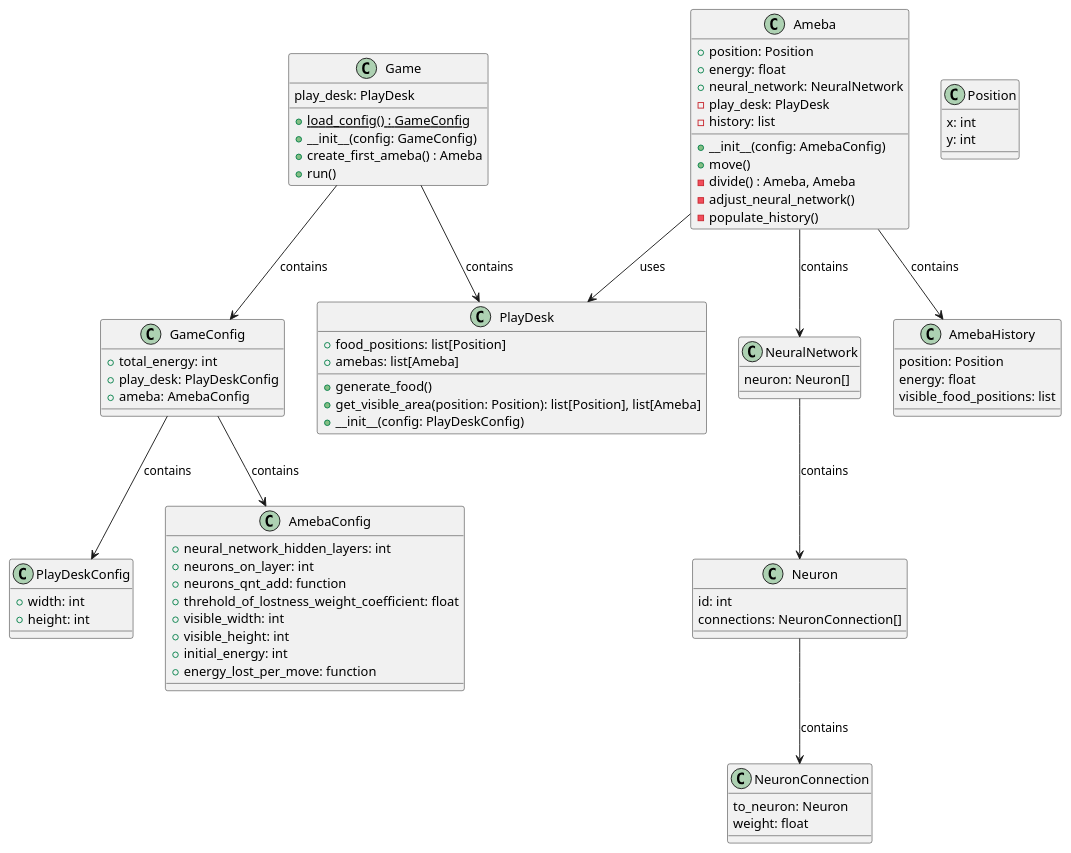
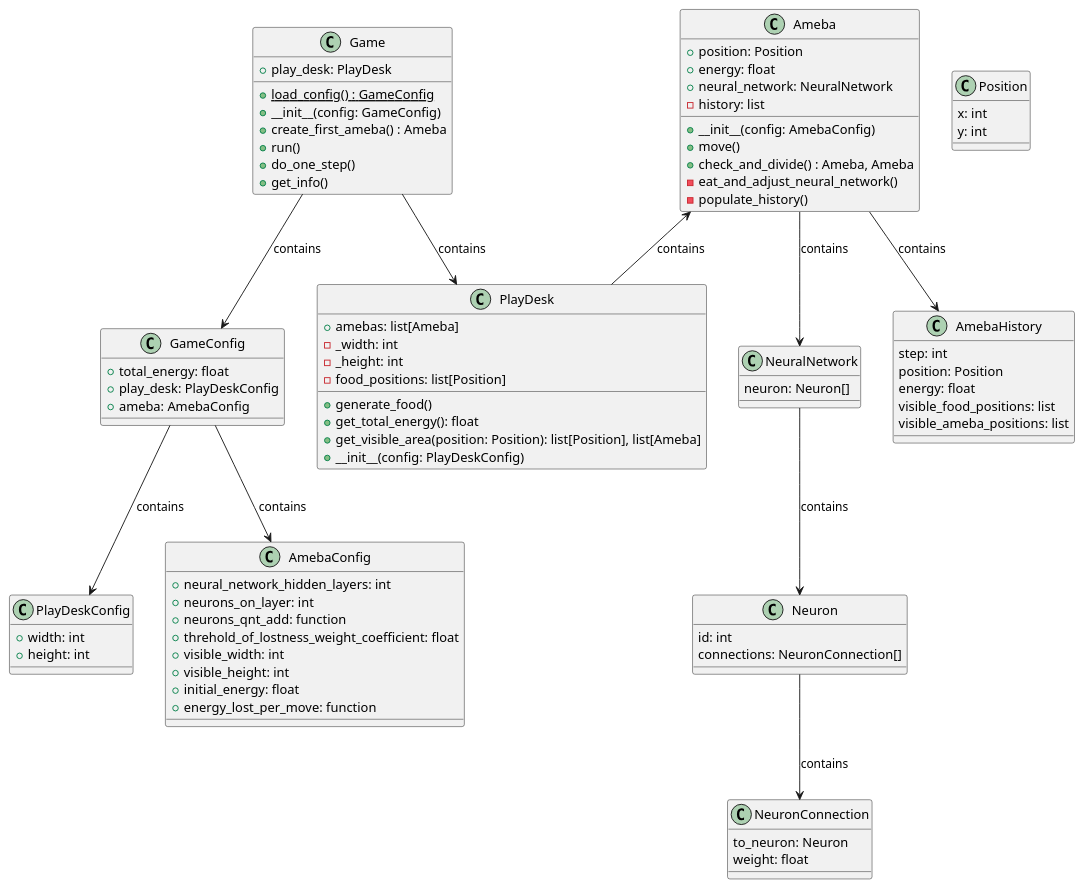
One commit to leslobov/ameba changed the diagram in uml/classes.puml. Above: the diagram before and after it, drawn with PlantUML.

Commit message:
uml  adjust

```diff
--- a/uml/classes.puml
+++ b/uml/classes.puml
@@ -1,104 +1,110 @@
 @startuml
 
 
 class PlayDeskConfig {
     + width: int
     + height: int
 }
 
 class AmebaConfig {
     + neural_network_hidden_layers: int
     + neurons_on_layer: int
     + neurons_qnt_add: function
     + threhold_of_lostness_weight_coefficient: float
     + visible_width: int
     + visible_height: int
-    + initial_energy: int
+    + initial_energy: float
     + energy_lost_per_move: function
 }
 
 class GameConfig {
-    + total_energy: int
+    + total_energy: float
     + play_desk: PlayDeskConfig
     + ameba: AmebaConfig
 
 }
 
 GameConfig --> PlayDeskConfig : contains
 GameConfig --> AmebaConfig : contains
 
 
 class PlayDesk {
-    + food_positions: list[Position]
     + amebas: list[Ameba]
+    - _width: int
+    - _height: int
+    - food_positions: list[Position]
     + generate_food()
+    + get_total_energy(): float
     + get_visible_area(position: Position): list[Position], list[Ameba]
     + __init__(config: PlayDeskConfig)
 }
 
 
 class NeuronConnection {
     to_neuron: Neuron
     weight: float
 }
 
 
 class Neuron {
     id: int
     connections: NeuronConnection[]
 }
 
 
 Neuron --> NeuronConnection : contains
 
 
 class NeuralNetwork {
     neuron: Neuron[]
 }
 
 NeuralNetwork --> Neuron : contains
 
 
 class Position {
     x: int
     y: int
 }
 
 class AmebaHistory {
+    step: int
     position: Position
     energy: float
     visible_food_positions: list
+    visible_ameba_positions: list
 }
 
 
 class Ameba {
     + position: Position
     + energy: float
     + neural_network: NeuralNetwork
-    - play_desk: PlayDesk
     - history: list
     + __init__(config: AmebaConfig)
     + move()
-    - divide() : Ameba, Ameba
-    - adjust_neural_network()
+    + check_and_divide() : Ameba, Ameba
+    - eat_and_adjust_neural_network()
     - populate_history()
 }
 
 Ameba --> AmebaHistory : contains
 Ameba --> NeuralNetwork : contains
-Ameba --> PlayDesk : uses
+Ameba <-- PlayDesk : contains
 
 
 class Game {
-    play_desk: PlayDesk
     + {static} load_config() : GameConfig
+    + play_desk: PlayDesk
     + __init__(config: GameConfig)
     + create_first_ameba() : Ameba
     + run()
+    + do_one_step()
+    + get_info()
 }
 
 Game --> PlayDesk : contains
 Game --> GameConfig : contains
 
 
 @enduml
```
